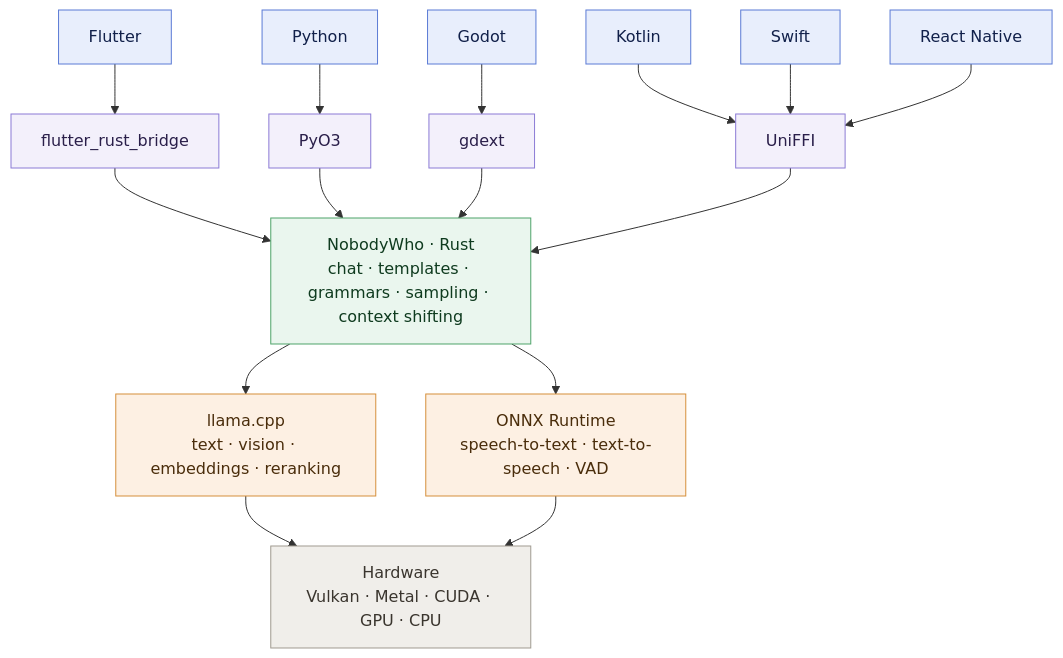
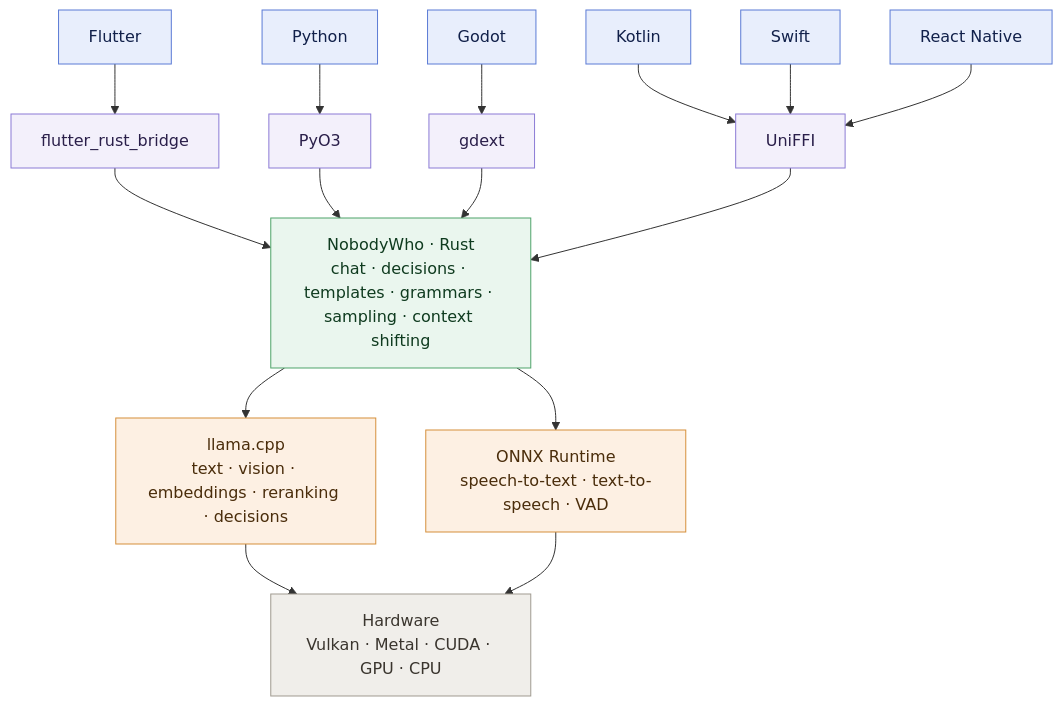
Before and after one commit to zqf20096327/ai_collect: the diagram in data/readmes/nobodywho-ooo__nobodywho.md, drawn with Mermaid. The commit also changed other lines of this file and 3267 other files, not shown here.

````diff
--- a/data/readmes/nobodywho-ooo__nobodywho.md
+++ b/data/readmes/nobodywho-ooo__nobodywho.md
@@ -35,40 +35,40 @@
 ```mermaid
 flowchart TD
     FL["Flutter"]:::lang
     PY["Python"]:::lang
     GO["Godot"]:::lang
     K["Kotlin"]:::lang
     S["Swift"]:::lang
     RN["React Native"]:::lang
 
     FRB["flutter_rust_bridge"]:::glue
     P3["PyO3"]:::glue
     GX["gdext"]:::glue
     U["UniFFI"]:::glue
 
     FL --> FRB
     PY --> P3
     GO --> GX
     K --> U
     S --> U
     RN --> U
 
-    CORE["NobodyWho · Rust<br/>chat · templates · grammars · sampling · context shifting"]:::core
+    CORE["NobodyWho · Rust<br/>chat · decisions · templates · grammars · sampling · context shifting"]:::core
 
     FRB --> CORE
     P3 --> CORE
     GX --> CORE
     U --> CORE
 
-    CORE --> LCPP["llama.cpp<br/>text · vision · embeddings · reranking"]:::engine
+    CORE --> LCPP["llama.cpp<br/>text · vision · embeddings · reranking · decisions"]:::engine
     CORE --> ORT["ONNX Runtime<br/>speech-to-text · text-to-speech · VAD"]:::engine
 
     LCPP --> HW["Hardware<br/>Vulkan · Metal · CUDA · GPU · CPU"]:::hw
     ORT --> HW
 
     classDef lang fill:#e8eefc,stroke:#5b7bd5,color:#11204a
     classDef glue fill:#f3f0fb,stroke:#8b7bd5,color:#2a1f4a
     classDef core fill:#eaf6ee,stroke:#4fa46a,color:#0f3b1f
     classDef engine fill:#fdf0e3,stroke:#d58f3b,color:#4a2d0b
     classDef hw fill:#f0eeea,stroke:#a09a90,color:#3a352e
 ```
````
